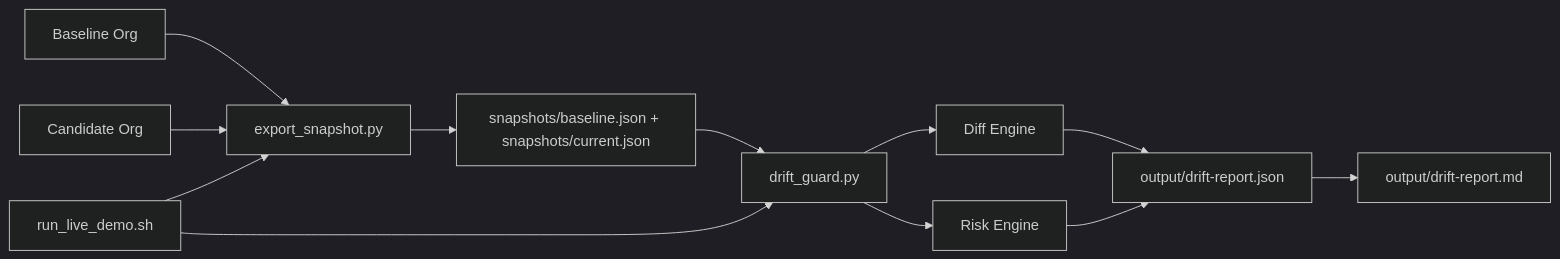
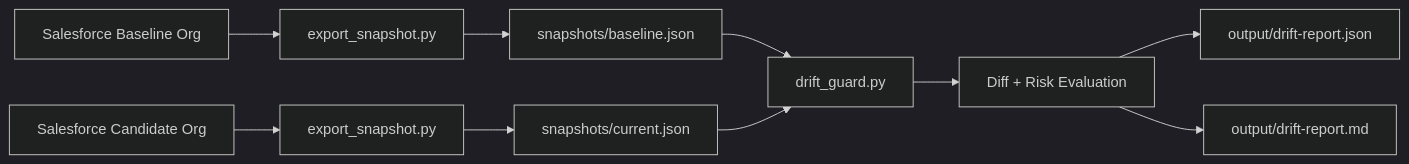
One commit to isouravsengupta/drift-report changed the first of 2 diagrams in ARCHITECTURE.md. Above: the diagram before and after it, drawn with Mermaid (dark theme). The commit also changed other lines of this file and 4 other files, not shown here.

First line of the commit message:
Improve documentation clarity and align demo snapshots to Salesforce structure.

````diff
--- a/ARCHITECTURE.md
+++ b/ARCHITECTURE.md
@@ -9,14 +10,12 @@
 ```mermaid
 flowchart LR
-    A[Baseline Org] --> B[export_snapshot.py]
-    C[Candidate Org] --> B
-    B --> D[snapshots/baseline.json + snapshots/current.json]
-    D --> E[drift_guard.py]
-    E --> F[Diff Engine]
-    E --> G[Risk Engine]
-    F --> H[output/drift-report.json]
-    G --> H
-    H --> I[output/drift-report.md]
-    J[run_live_demo.sh] --> B
-    J --> E
+    A[Salesforce Baseline Org] --> B[export_snapshot.py]
+    C[Salesforce Candidate Org] --> D[export_snapshot.py]
+    B --> E[snapshots/baseline.json]
+    D --> F[snapshots/current.json]
+    E --> G[drift_guard.py]
+    F --> G
+    G --> H[Diff + Risk Evaluation]
+    H --> I[output/drift-report.json]
+    H --> J[output/drift-report.md]
 ```
````
